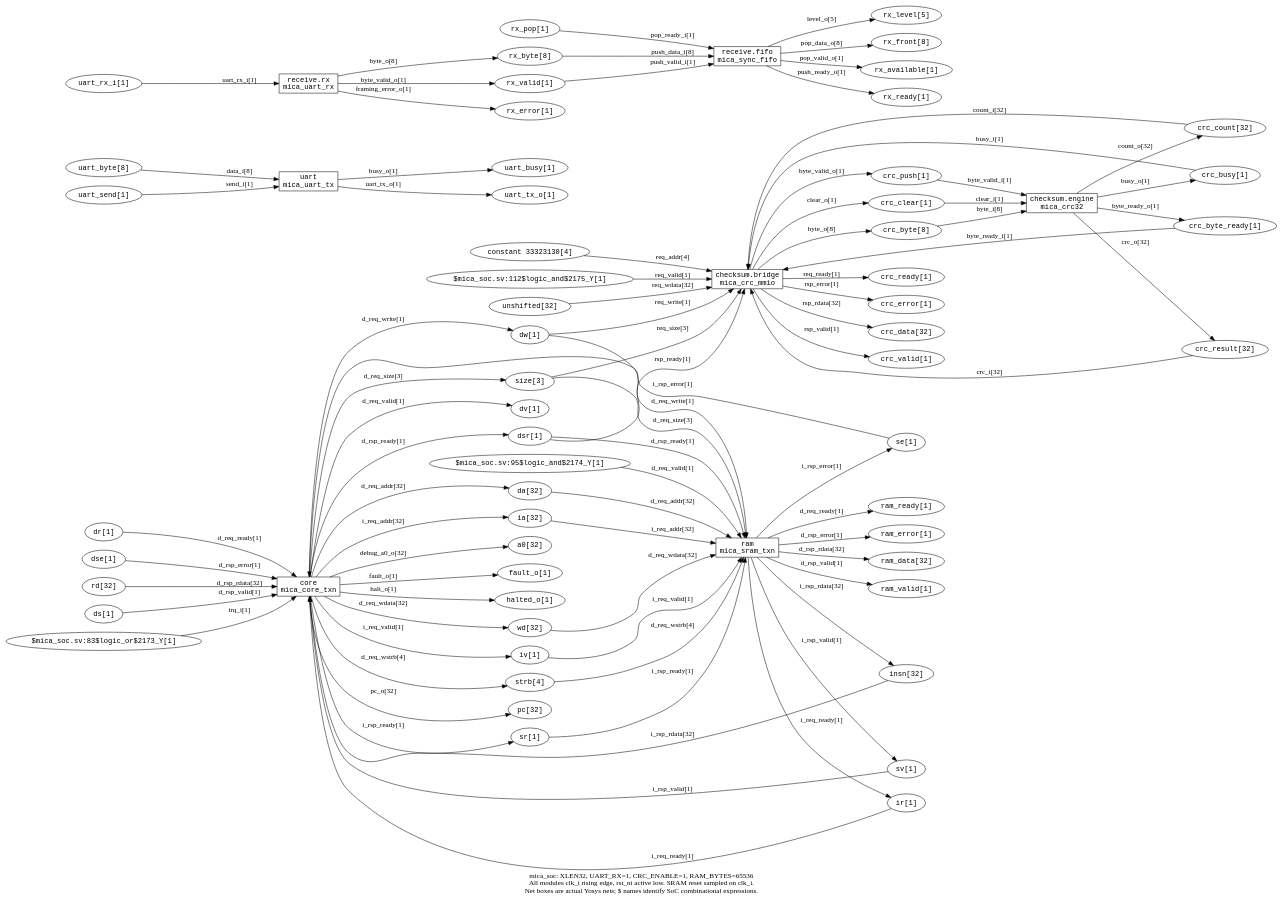
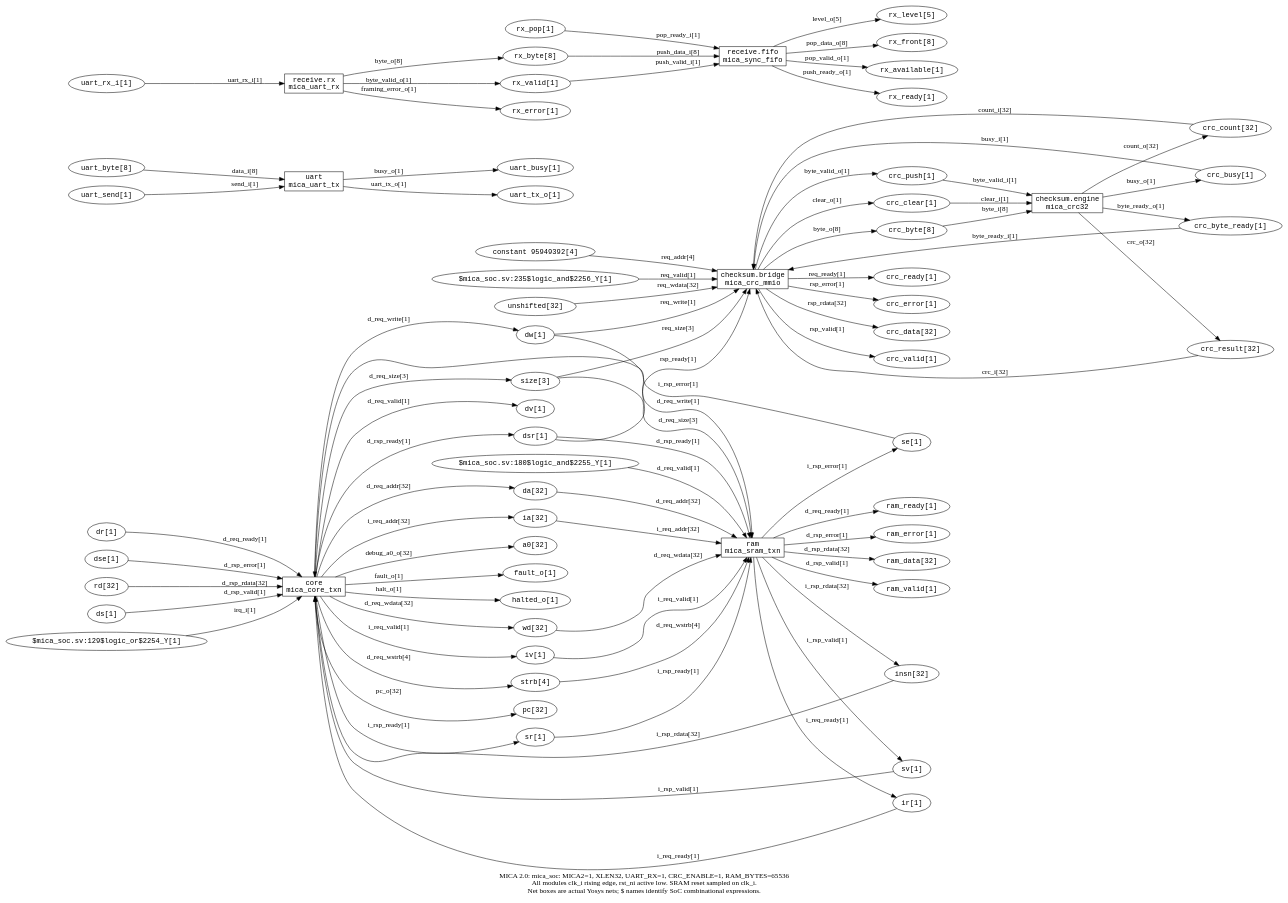
Before and after one commit to RobertFlexx/MICA: the diagram in schematics/current/soc-peripherals.dot, drawn with Graphviz. The commit also changed 321 other files, not shown here.

```diff
--- a/schematics/current/soc-peripherals.dot
+++ b/schematics/current/soc-peripherals.dot
@@ -1,145 +1,145 @@
 digraph soc {rankdir=LR;node[shape=box,fontname="monospace"];
-label="mica_soc: XLEN32, UART_RX=1, CRC_ENABLE=1, RAM_BYTES=65536\nAll modules clk_i rising edge, rst_ni active low. SRAM reset sampled on clk_i.\nNet boxes are actual Yosys nets; $ names identify SoC combinational expressions.";
+label="MICA 2.0: mica_soc: MICA2=1, XLEN32, UART_RX=1, CRC_ENABLE=1, RAM_BYTES=65536\nAll modules clk_i rising edge, rst_ni active low. SRAM reset sampled on clk_i.\nNet boxes are actual Yosys nets; $ names identify SoC combinational expressions.";
 c0[label="core\nmica_core_txn"];
 n0[shape=ellipse,label="da[32]"];
 c0->n0[label="d_req_addr[32]"];
 n1[shape=ellipse,label="dr[1]"];
 n1->c0[label="d_req_ready[1]"];
 n2[shape=ellipse,label="size[3]"];
 c0->n2[label="d_req_size[3]"];
 n3[shape=ellipse,label="dv[1]"];
 c0->n3[label="d_req_valid[1]"];
 n4[shape=ellipse,label="wd[32]"];
 c0->n4[label="d_req_wdata[32]"];
 n5[shape=ellipse,label="dw[1]"];
 c0->n5[label="d_req_write[1]"];
 n6[shape=ellipse,label="strb[4]"];
 c0->n6[label="d_req_wstrb[4]"];
 n7[shape=ellipse,label="dse[1]"];
 n7->c0[label="d_rsp_error[1]"];
 n8[shape=ellipse,label="rd[32]"];
 n8->c0[label="d_rsp_rdata[32]"];
 n9[shape=ellipse,label="dsr[1]"];
 c0->n9[label="d_rsp_ready[1]"];
 n10[shape=ellipse,label="ds[1]"];
 n10->c0[label="d_rsp_valid[1]"];
 n11[shape=ellipse,label="a0[32]"];
 c0->n11[label="debug_a0_o[32]"];
 n12[shape=ellipse,label="fault_o[1]"];
 c0->n12[label="fault_o[1]"];
 n13[shape=ellipse,label="halted_o[1]"];
 c0->n13[label="halt_o[1]"];
 n14[shape=ellipse,label="ia[32]"];
 c0->n14[label="i_req_addr[32]"];
 n15[shape=ellipse,label="ir[1]"];
 n15->c0[label="i_req_ready[1]"];
 n16[shape=ellipse,label="iv[1]"];
 c0->n16[label="i_req_valid[1]"];
 n17[shape=ellipse,label="se[1]"];
 n17->c0[label="i_rsp_error[1]"];
 n18[shape=ellipse,label="insn[32]"];
 n18->c0[label="i_rsp_rdata[32]"];
 n19[shape=ellipse,label="sr[1]"];
 c0->n19[label="i_rsp_ready[1]"];
 n20[shape=ellipse,label="sv[1]"];
 n20->c0[label="i_rsp_valid[1]"];
-n21[shape=ellipse,label="$mica_soc.sv:83$logic_or$2173_Y[1]"];
+n21[shape=ellipse,label="$mica_soc.sv:129$logic_or$2254_Y[1]"];
 n21->c0[label="irq_i[1]"];
 n22[shape=ellipse,label="pc[32]"];
 c0->n22[label="pc_o[32]"];
 c1[label="ram\nmica_sram_txn"];
 n0->c1[label="d_req_addr[32]"];
 n23[shape=ellipse,label="ram_ready[1]"];
 c1->n23[label="d_req_ready[1]"];
 n2->c1[label="d_req_size[3]"];
-n24[shape=ellipse,label="$mica_soc.sv:95$logic_and$2174_Y[1]"];
+n24[shape=ellipse,label="$mica_soc.sv:180$logic_and$2255_Y[1]"];
 n24->c1[label="d_req_valid[1]"];
 n4->c1[label="d_req_wdata[32]"];
 n5->c1[label="d_req_write[1]"];
 n6->c1[label="d_req_wstrb[4]"];
 n25[shape=ellipse,label="ram_error[1]"];
 c1->n25[label="d_rsp_error[1]"];
 n26[shape=ellipse,label="ram_data[32]"];
 c1->n26[label="d_rsp_rdata[32]"];
 n9->c1[label="d_rsp_ready[1]"];
 n27[shape=ellipse,label="ram_valid[1]"];
 c1->n27[label="d_rsp_valid[1]"];
 n14->c1[label="i_req_addr[32]"];
 c1->n15[label="i_req_ready[1]"];
 n16->c1[label="i_req_valid[1]"];
 c1->n17[label="i_rsp_error[1]"];
 c1->n18[label="i_rsp_rdata[32]"];
 n19->c1[label="i_rsp_ready[1]"];
 c1->n20[label="i_rsp_valid[1]"];
 c2[label="uart\nmica_uart_tx"];
 n28[shape=ellipse,label="uart_busy[1]"];
 c2->n28[label="busy_o[1]"];
 n29[shape=ellipse,label="uart_byte[8]"];
 n29->c2[label="data_i[8]"];
 n30[shape=ellipse,label="uart_send[1]"];
 n30->c2[label="send_i[1]"];
 n31[shape=ellipse,label="uart_tx_o[1]"];
 c2->n31[label="uart_tx_o[1]"];
 c3[label="receive.rx\nmica_uart_rx"];
 n32[shape=ellipse,label="rx_byte[8]"];
 c3->n32[label="byte_o[8]"];
 n33[shape=ellipse,label="rx_valid[1]"];
 c3->n33[label="byte_valid_o[1]"];
 n34[shape=ellipse,label="rx_error[1]"];
 c3->n34[label="framing_error_o[1]"];
 n35[shape=ellipse,label="uart_rx_i[1]"];
 n35->c3[label="uart_rx_i[1]"];
 c4[label="receive.fifo\nmica_sync_fifo"];
 n36[shape=ellipse,label="rx_level[5]"];
 c4->n36[label="level_o[5]"];
 n37[shape=ellipse,label="rx_front[8]"];
 c4->n37[label="pop_data_o[8]"];
 n38[shape=ellipse,label="rx_pop[1]"];
 n38->c4[label="pop_ready_i[1]"];
 n39[shape=ellipse,label="rx_available[1]"];
 c4->n39[label="pop_valid_o[1]"];
 n32->c4[label="push_data_i[8]"];
 n40[shape=ellipse,label="rx_ready[1]"];
 c4->n40[label="push_ready_o[1]"];
 n33->c4[label="push_valid_i[1]"];
 c5[label="checksum.bridge\nmica_crc_mmio"];
 n41[shape=ellipse,label="crc_busy[1]"];
 n41->c5[label="busy_i[1]"];
 n42[shape=ellipse,label="crc_byte[8]"];
 c5->n42[label="byte_o[8]"];
 n43[shape=ellipse,label="crc_byte_ready[1]"];
 n43->c5[label="byte_ready_i[1]"];
 n44[shape=ellipse,label="crc_push[1]"];
 c5->n44[label="byte_valid_o[1]"];
 n45[shape=ellipse,label="crc_clear[1]"];
 c5->n45[label="clear_o[1]"];
 n46[shape=ellipse,label="crc_count[32]"];
 n46->c5[label="count_i[32]"];
 n47[shape=ellipse,label="crc_result[32]"];
 n47->c5[label="crc_i[32]"];
-n48[shape=ellipse,label="constant 33323130[4]"];
+n48[shape=ellipse,label="constant 95949392[4]"];
 n48->c5[label="req_addr[4]"];
 n49[shape=ellipse,label="crc_ready[1]"];
 c5->n49[label="req_ready[1]"];
 n2->c5[label="req_size[3]"];
-n50[shape=ellipse,label="$mica_soc.sv:112$logic_and$2175_Y[1]"];
+n50[shape=ellipse,label="$mica_soc.sv:235$logic_and$2256_Y[1]"];
 n50->c5[label="req_valid[1]"];
 n51[shape=ellipse,label="unshifted[32]"];
 n51->c5[label="req_wdata[32]"];
 n5->c5[label="req_write[1]"];
 n52[shape=ellipse,label="crc_error[1]"];
 c5->n52[label="rsp_error[1]"];
 n53[shape=ellipse,label="crc_data[32]"];
 c5->n53[label="rsp_rdata[32]"];
 n9->c5[label="rsp_ready[1]"];
 n54[shape=ellipse,label="crc_valid[1]"];
 c5->n54[label="rsp_valid[1]"];
 c6[label="checksum.engine\nmica_crc32"];
 c6->n41[label="busy_o[1]"];
 n42->c6[label="byte_i[8]"];
 c6->n43[label="byte_ready_o[1]"];
 n44->c6[label="byte_valid_i[1]"];
 n45->c6[label="clear_i[1]"];
 c6->n46[label="count_o[32]"];
 c6->n47[label="crc_o[32]"];
 }
```
